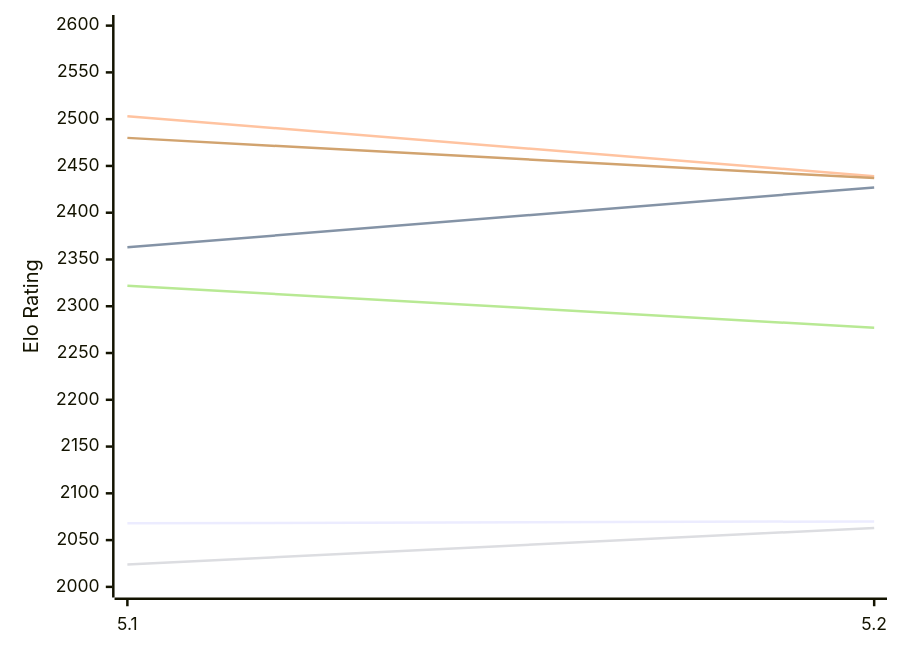
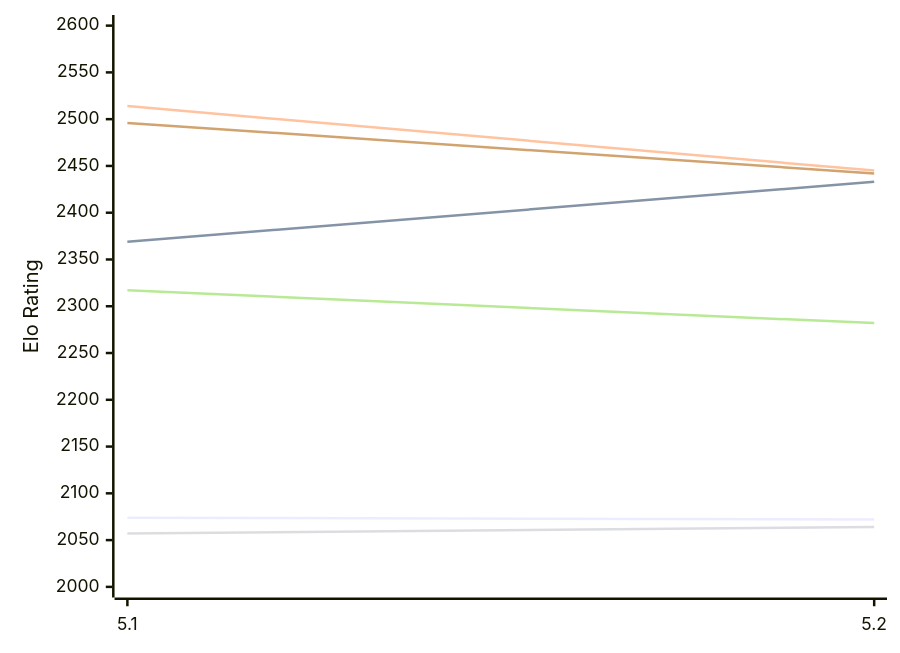
The first of 2 diagrams in engines/Prophet.md (computer-chess-index/cci), drawn with Mermaid before and after one commit. The commit also changed other lines of this file, not shown here.

Commit message:
Update CCI Ratings (ELO VLTC) - 2026-11-16

````diff
--- a/engines/Prophet.md
+++ b/engines/Prophet.md
@@ -50,12 +50,12 @@
 ```mermaid
 %%{init: {"theme":"base","themeVariables":{"seriesColors:['#a3a3a3','#222221','#faa371']}}}%%
 xychart-beta
   x-axis ["5.1", "5.2"]
   y-axis "Elo Rating" 2000 --> 2600
-  line "E1: STC (8.0+0.08s)" [2068, 2070]
-  line "E1: LTC (60.0+0.60s)" [2363, 2427]
-  line "E1: VLTC (2m24s+1.12s)" [2503, 2439]
-  line "P1: STC (8.0+0.08s)" [2024, 2063]
-  line "P1: LTC (60.0+0.60s)" [2322, 2277]
-  line "P1: VLTC (2m24s+1.12s)" [2480, 2437]
+  line "E1: STC (8.0+0.08s)" [2074, 2072]
+  line "E1: LTC (60.0+0.60s)" [2369, 2433]
+  line "E1: VLTC (2m24s+1.12s)" [2514, 2445]
+  line "P1: STC (8.0+0.08s)" [2057, 2064]
+  line "P1: LTC (60.0+0.60s)" [2317, 2282]
+  line "P1: VLTC (2m24s+1.12s)" [2496, 2442]
 ```
````
